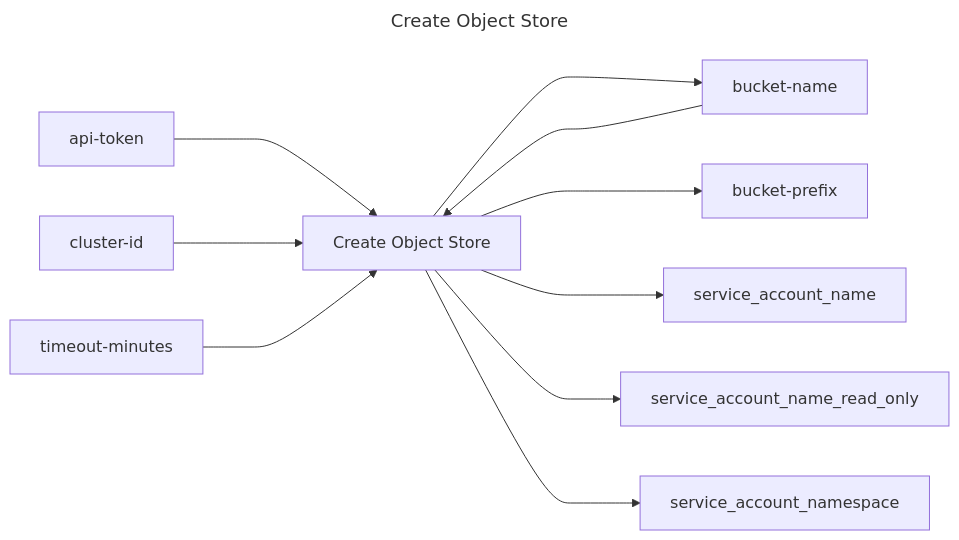
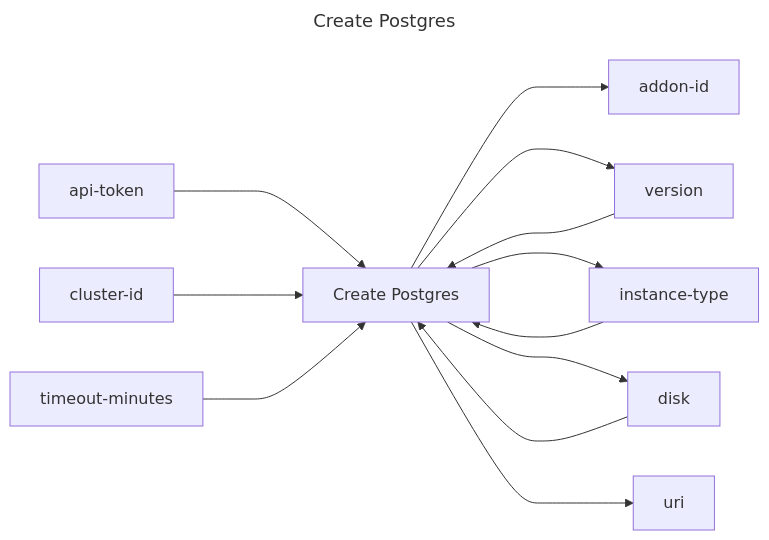
One commit to replicatedhq/replicated-actions changed the diagram in create-postgres/README.md. Above: the diagram before and after it, drawn with Mermaid. The commit also changed other lines of this file and 4 other files, not shown here.

````diff
--- a/create-postgres/README.md
+++ b/create-postgres/README.md
@@ -3,25 +3,29 @@
 ```mermaid
 ---
-title: Create Object Store
+title: Create Postgres
 ---
 graph LR
-create_object_store["Create Object Store"]
+create_postgres["Create Postgres"]
 api_token["api-token"]
 cluster_id["cluster-id"]
-bucket_name["bucket-name"]
+version["version"]
+instance_type["instance-type"]
+disk["disk"]
 timeout_minutes["timeout-minutes"]
-bucket_name["bucket-name"]
-bucket_prefix["bucket-prefix"]
-service_account_name["service_account_name"]
-service_account_name_read_only["service_account_name_read_only"]
-service_account_namespace["service_account_namespace"]
-api_token ---> create_object_store
-cluster_id ---> create_object_store
-bucket_name ---> create_object_store
-timeout_minutes ---> create_object_store
-create_object_store ---> bucket_name
-create_object_store ---> bucket_prefix
-create_object_store ---> service_account_name
-create_object_store ---> service_account_name_read_only
-create_object_store ---> service_account_namespace
+addon_id["addon-id"]
+version["version"]
+instance_type["instance-type"]
+disk["disk"]
+uri["uri"]
+api_token ---> create_postgres
+cluster_id ---> create_postgres
+version ---> create_postgres
+instance_type ---> create_postgres
+disk ---> create_postgres
+timeout_minutes ---> create_postgres
+create_postgres ---> addon_id
+create_postgres ---> version
+create_postgres ---> instance_type
+create_postgres ---> disk
+create_postgres ---> uri
 ```
````
